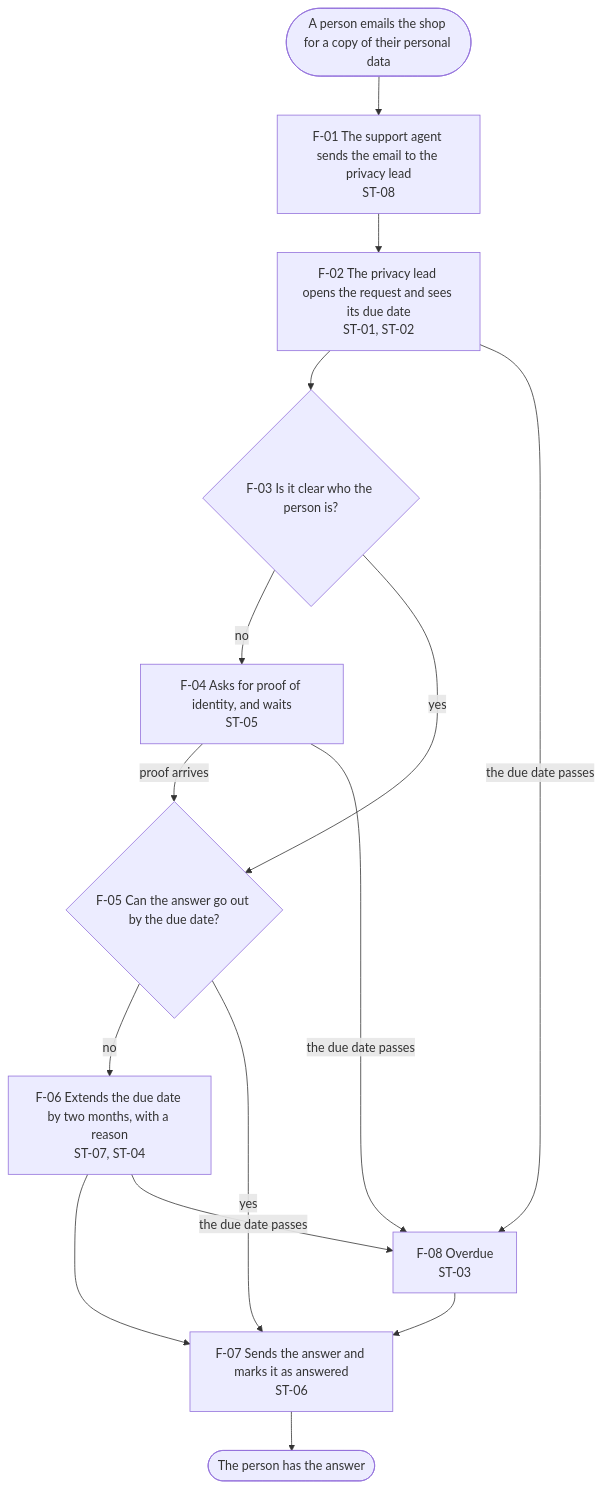
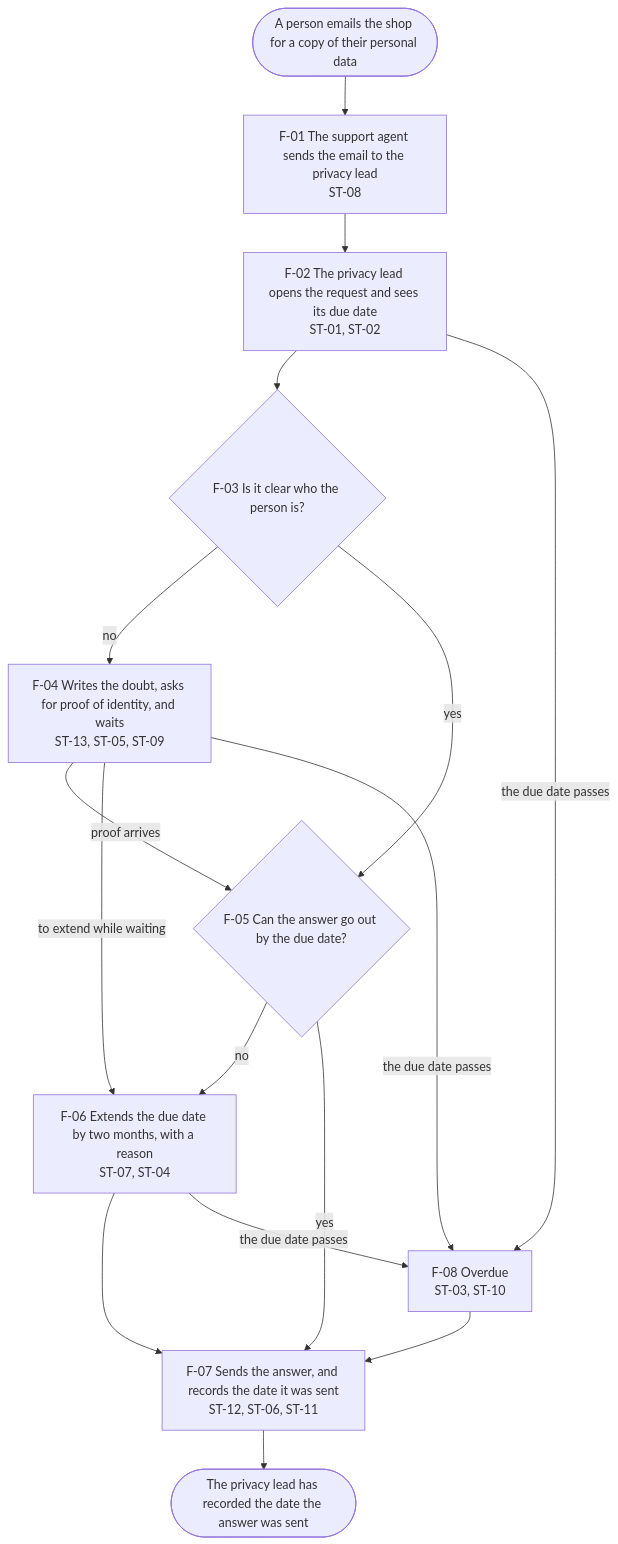
Before and after one commit to nayyymarques-eng/agentic-product-spec: the diagram in README.md, drawn with Mermaid. The commit also changed other lines of this file and 15 other files, not shown here.

````diff
--- a/README.md
+++ b/README.md
@@ -57,16 +57,17 @@
 ```mermaid
 flowchart TD
   T(["A person emails the shop for a copy of their personal data"])
   T --> F01["F-01 The support agent sends the email to the privacy lead<br/>ST-08"]
   F01 --> F02["F-02 The privacy lead opens the request and sees its due date<br/>ST-01, ST-02"]
   F02 --> F03{"F-03 Is it clear who the person is?"}
-  F03 -- "no" --> F04["F-04 Asks for proof of identity, and waits<br/>ST-05"]
+  F03 -- "no" --> F04["F-04 Writes the doubt, asks for proof of identity, and waits<br/>ST-13, ST-05, ST-09"]
   F03 -- "yes" --> F05{"F-05 Can the answer go out by the due date?"}
   F04 -- "proof arrives" --> F05
+  F04 -- "to extend while waiting" --> F06
   F05 -- "no" --> F06["F-06 Extends the due date by two months, with a reason<br/>ST-07, ST-04"]
-  F05 -- "yes" --> F07["F-07 Sends the answer and marks it as answered<br/>ST-06"]
+  F05 -- "yes" --> F07["F-07 Sends the answer, and records the date it was sent<br/>ST-12, ST-06, ST-11"]
   F06 --> F07
-  F02 & F04 & F06 -- "the due date passes" --> F08["F-08 Overdue<br/>ST-03"]
+  F02 & F04 & F06 -- "the due date passes" --> F08["F-08 Overdue<br/>ST-03, ST-10"]
   F08 --> F07
-  F07 --> E(["The person has the answer"])
+  F07 --> E(["The privacy lead has recorded the date the answer was sent"])
 ```
````
